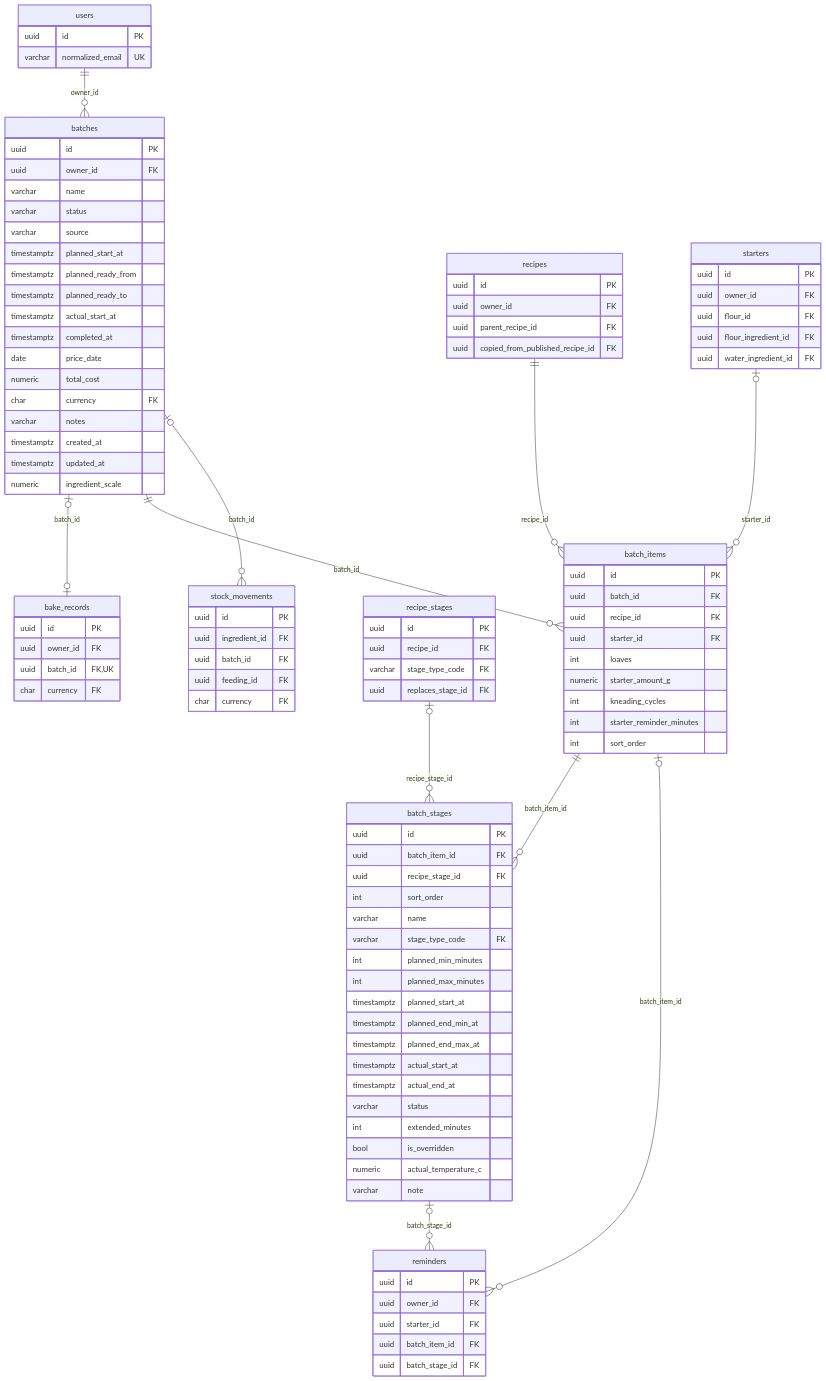
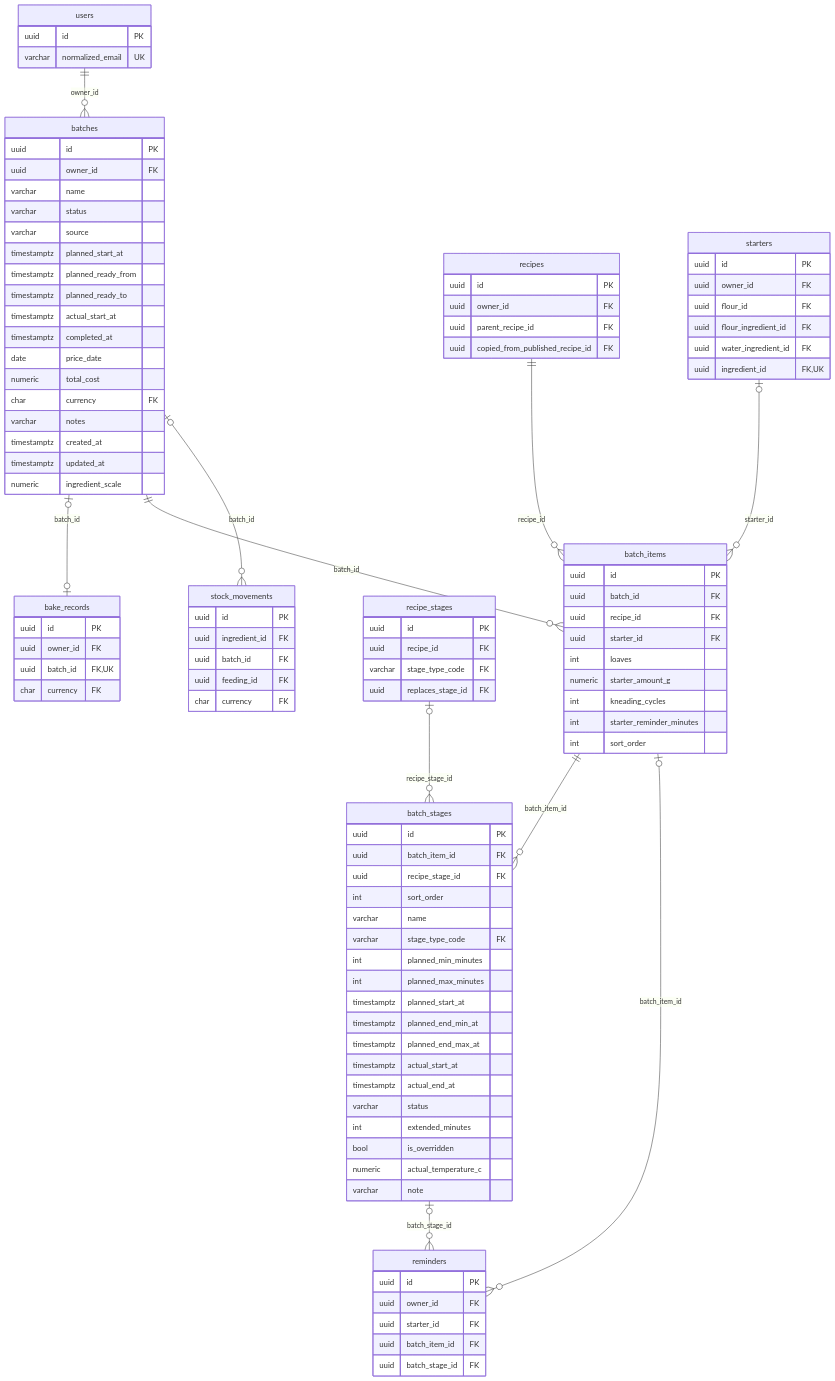
The fourth of 8 diagrams in docs/db/logical-schema.md (fedokgeniy/OneLoaf-BackEnd), drawn with Mermaid before and after one commit. The commit also changed other lines of this file and 124 other files, not shown here.

```diff
--- a/docs/db/logical-schema.md
+++ b/docs/db/logical-schema.md
@@ -355,6 +362,7 @@
         uuid flour_id FK
         uuid flour_ingredient_id FK
         uuid water_ingredient_id FK
+        uuid ingredient_id FK,UK
     }
     stock_movements {
         uuid id PK
```
